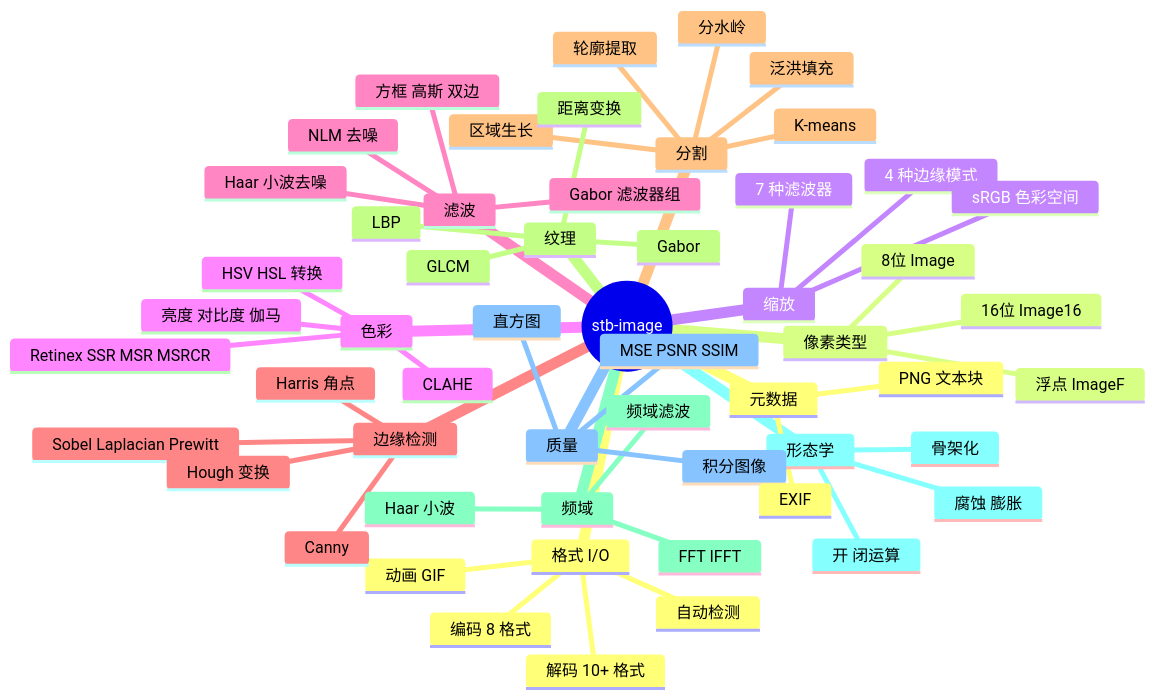
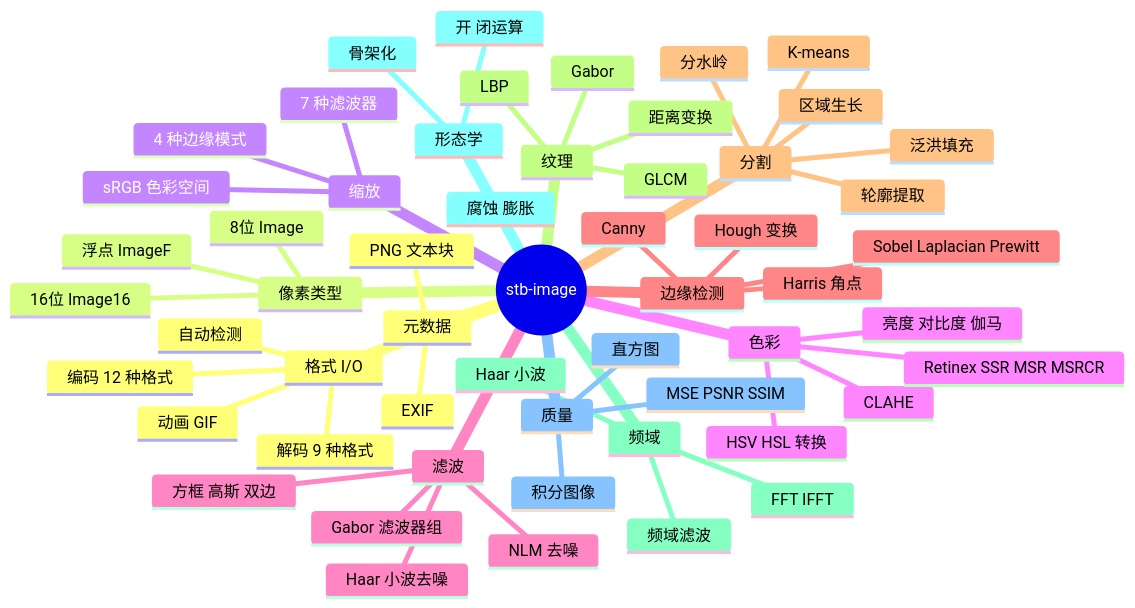
The first of 14 diagrams in docs/architecture.md (toadium/stb-image), drawn with Mermaid before and after one commit. The commit also changed other lines of this file and 4 other files, not shown here.

````diff
--- a/docs/architecture.md
+++ b/docs/architecture.md
@@ -11,58 +11,58 @@
 ```mermaid
 mindmap
   root((stb-image))
     格式 I/O
-      解码 10+ 格式
-      编码 8 格式
+      解码 9 种格式
+      编码 12 种格式
       自动检测
       动画 GIF
     像素类型
       8位 Image
       16位 Image16
       浮点 ImageF
     缩放
       7 种滤波器
       4 种边缘模式
       sRGB 色彩空间
     色彩
       HSV HSL 转换
       亮度 对比度 伽马
       CLAHE
       Retinex SSR MSR MSRCR
     滤波
       方框 高斯 双边
       Gabor 滤波器组
       NLM 去噪
       Haar 小波去噪
     边缘检测
       Sobel Laplacian Prewitt
       Canny
       Harris 角点
       Hough 变换
     分割
       K-means
       区域生长
       分水岭
       轮廓提取
       泛洪填充
     纹理
       LBP
       GLCM
       Gabor
       距离变换
     频域
       FFT IFFT
       频域滤波
       Haar 小波
     形态学
       腐蚀 膨胀
       开 闭运算
       骨架化
     质量
       MSE PSNR SSIM
       直方图
       积分图像
     元数据
       EXIF
       PNG 文本块
 ```
````
